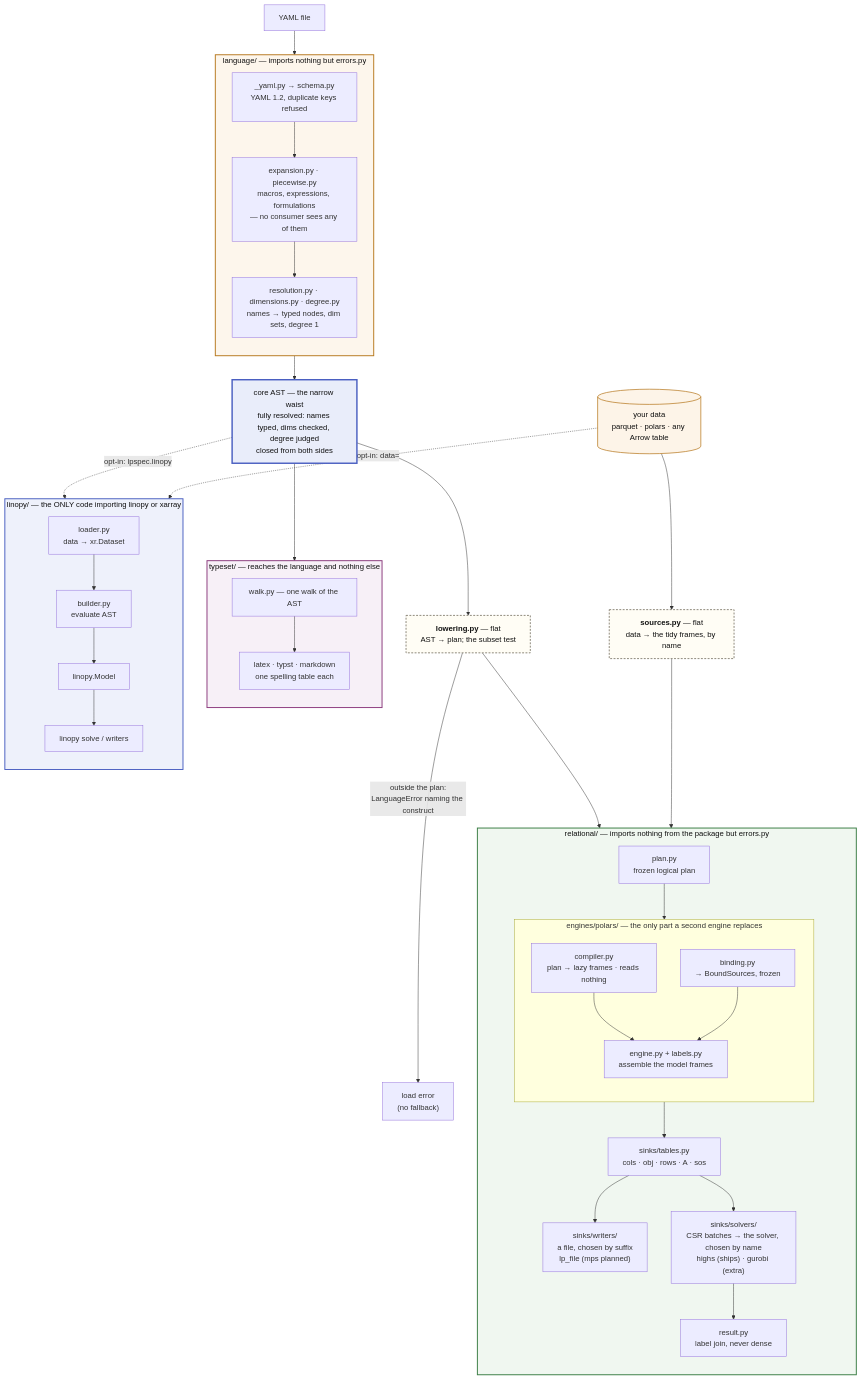
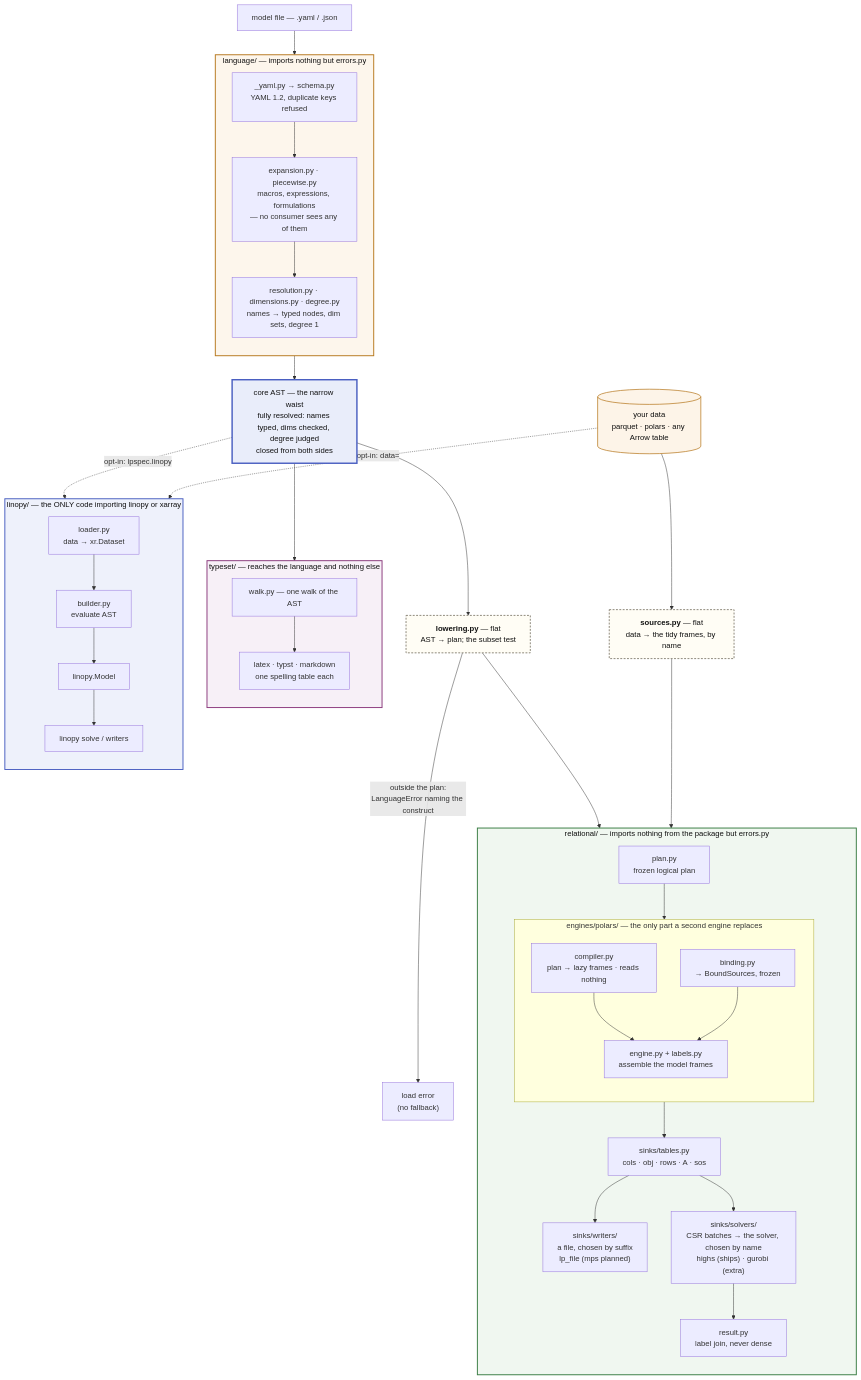
Before and after one commit to FBumann/linopy-yaml: the first of 2 diagrams in docs/ARCHITECTURE.md, drawn with Mermaid. The commit also changed other lines of this file and 16 other files, not shown here.

````diff
--- a/docs/ARCHITECTURE.md
+++ b/docs/ARCHITECTURE.md
@@ -47,67 +47,67 @@
 ```mermaid
 flowchart TB
-    Y[YAML file] --> LANG
+    Y[model file — .yaml / .json] --> LANG
 
     subgraph LANG["language/ — imports nothing but errors.py"]
         direction TB
         SCHEMA["_yaml.py → schema.py<br/>YAML 1.2, duplicate keys refused"]
         SCHEMA --> EXPAND["expansion.py · piecewise.py<br/>macros, expressions, formulations<br/>— no consumer sees any of them"]
         EXPAND --> RESOLVE["resolution.py · dimensions.py · degree.py<br/>names → typed nodes, dim sets, degree 1"]
     end
 
     LANG --> AST["core AST — the narrow waist<br/>fully resolved: names typed, dims checked, degree judged<br/>closed from both sides"]
 
     AST --> LOWER
     AST --> WALK
     AST -.->|"opt-in: lpspec.linopy"| BUILD
 
     DATA[("your data<br/>parquet · polars · any Arrow table")] --> SRC
     DATA -.->|"opt-in: data="| LOAD
 
     LOWER["<b>lowering.py</b> — flat<br/>AST → plan; the subset test"]
     SRC["<b>sources.py</b> — flat<br/>data → the tidy frames, by name"]
 
     LOWER --> PLAN
     SRC --> BIND
     LOWER -->|"outside the plan:<br/>LanguageError naming the construct"| ERR["load error<br/>(no fallback)"]
 
     subgraph REL["relational/ — imports nothing from the package but errors.py"]
         direction TB
         PLAN["plan.py<br/>frozen logical plan"] --> ENG
         subgraph ENG["engines/polars/ — the only part a second engine replaces"]
             direction TB
             COMP["compiler.py<br/>plan → lazy frames · reads nothing"] --> ENGINE
             BIND["binding.py<br/>→ BoundSources, frozen"] --> ENGINE["engine.py + labels.py<br/>assemble the model frames"]
         end
         ENG --> TABLES["sinks/tables.py<br/>cols · obj · rows · A · sos"]
         TABLES --> LPS["sinks/writers/<br/>a file, chosen by suffix<br/>lp_file (mps planned)"]
         TABLES --> DIRECT["sinks/solvers/<br/>CSR batches → the solver, chosen by name<br/>highs (ships) · gurobi (extra)"]
         DIRECT --> SOL["result.py<br/>label join, never dense"]
     end
 
     subgraph TS["typeset/ — reaches the language and nothing else"]
         direction TB
         WALK["walk.py — one walk of the AST"] --> FMT["latex · typst · markdown<br/>one spelling table each"]
     end
 
     subgraph EAGER["linopy/ — the ONLY code importing linopy or xarray"]
         direction TB
         LOAD["loader.py<br/>data → xr.Dataset"] --> BUILD["builder.py<br/>evaluate AST"]
         BUILD --> MODEL[linopy.Model] --> SOLVE["linopy solve / writers"]
     end
 
     classDef laneL fill:#fdf6ec,stroke:#b7791f,stroke-width:2px,color:#111
     classDef laneR fill:#f0f7f0,stroke:#3a7d44,stroke-width:2px,color:#111
     classDef laneE fill:#eef1fb,stroke:#4a5fc1,stroke-width:2px,color:#111
     classDef laneT fill:#f7f0f7,stroke:#8b3a7d,stroke-width:2px,color:#111
     classDef waist fill:#e9edfa,stroke:#4a5fc1,stroke-width:3px,color:#111
     classDef flat fill:#fffdf5,stroke:#8a8578,stroke-width:2px,stroke-dasharray:4 3,color:#111
     classDef data fill:#fdf4e8,stroke:#b7791f,stroke-width:1.5px,color:#111
     class LANG laneL
     class REL laneR
     class EAGER laneE
     class TS laneT
     class AST waist
     class LOWER,SRC flat
     class DATA data
 ```
````
